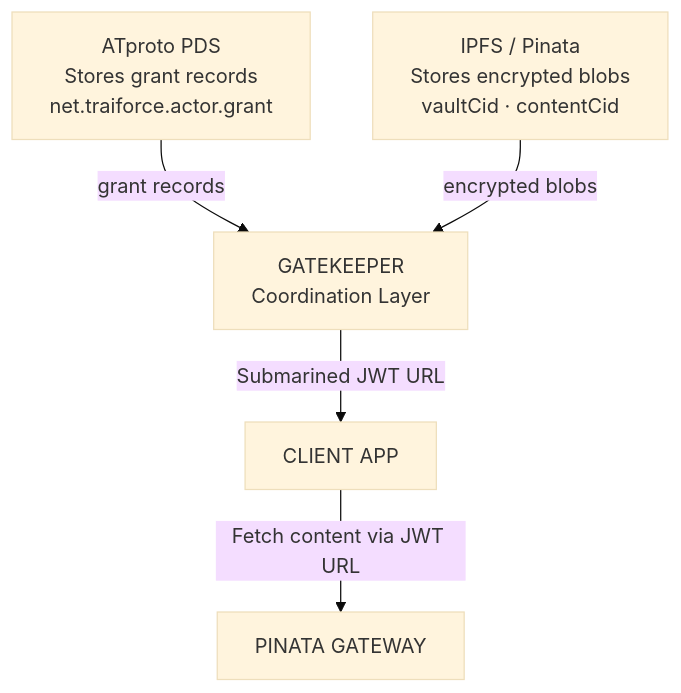
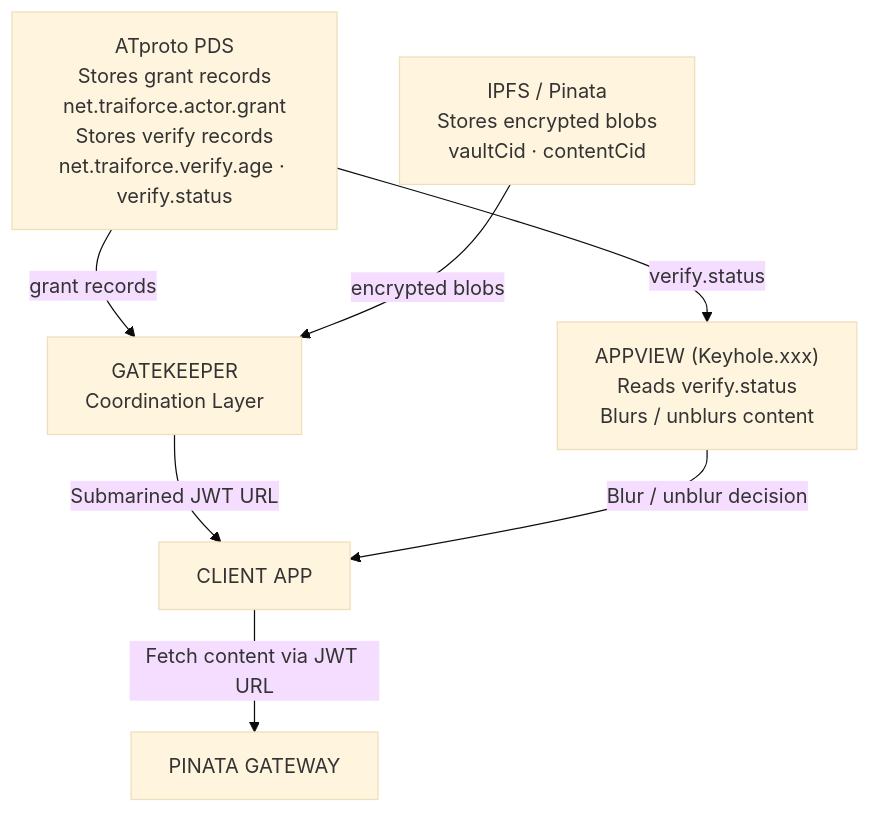
The second of 2 diagrams in docs/architecture/01-protocol-architecture.md (straiforos/Traiforce-Lexicon), drawn with Mermaid (base theme) before and after one commit. The commit also changed other lines of this file and 3 other files, not shown here.

Commit message:
Capture verify lexicons in architecture docs and flows

````diff
--- a/docs/architecture/01-protocol-architecture.md
+++ b/docs/architecture/01-protocol-architecture.md
@@ -67,13 +68,16 @@
 ```mermaid
 flowchart TD
-    PDS["ATproto PDS<br/>Stores grant records<br/>net.traiforce.actor.grant"]
+    PDS["ATproto PDS<br/>Stores grant records<br/>net.traiforce.actor.grant<br/>Stores verify records<br/>net.traiforce.verify.age · verify.status"]
     IPFS["IPFS / Pinata<br/>Stores encrypted blobs<br/>vaultCid · contentCid"]
     GK["GATEKEEPER<br/>Coordination Layer"]
     CA["CLIENT APP"]
     PG["PINATA GATEWAY"]
+    AV["APPVIEW (Keyhole.xxx)<br/>Reads verify.status<br/>Blurs / unblurs content"]
 
     PDS -->|"grant records"| GK
+    PDS -->|"verify.status"| AV
     IPFS -->|"encrypted blobs"| GK
     GK -->|"Submarined JWT URL"| CA
     CA -->|"Fetch content via JWT URL"| PG
+    AV -->|"Blur / unblur decision"| CA
 ```
````
